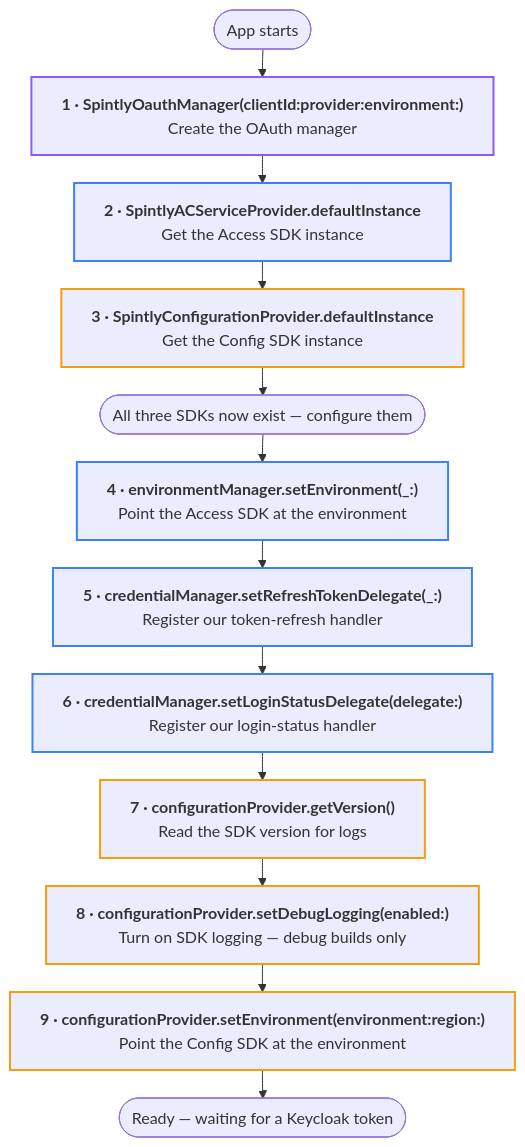
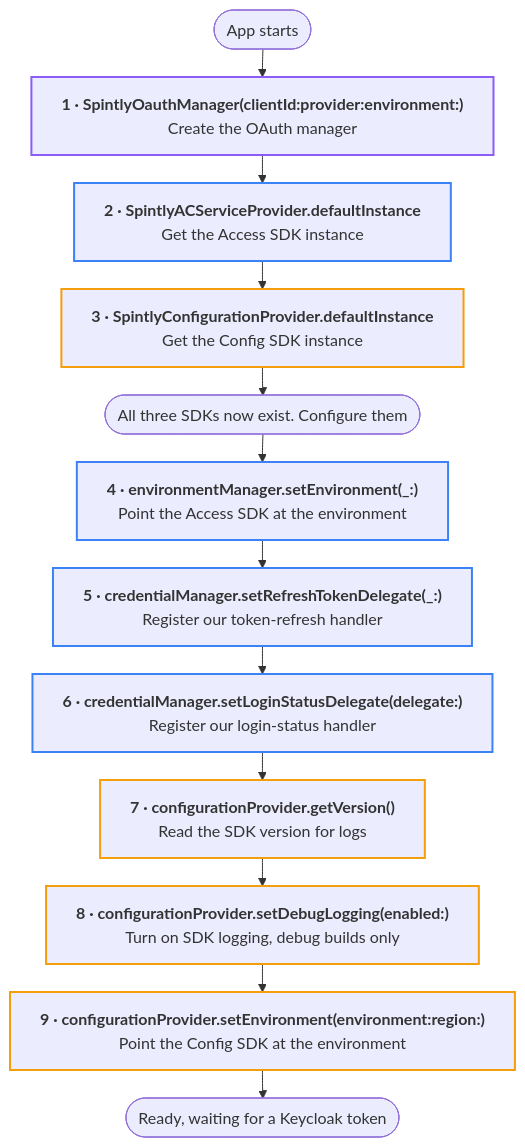
Before and after one commit to Yash-Wadatkar-Binaryveda/sdk-docs-site: the first of 11 diagrams in docs/user-onboarding.md, drawn with Mermaid. The commit also changed other lines of this file and 3 other files, not shown here.

````diff
--- a/docs/user-onboarding.md
+++ b/docs/user-onboarding.md
@@ -49,23 +50,23 @@
     ```mermaid
     %%{init:{"flowchart":{"wrappingWidth":540,"nodeSpacing":24,"rankSpacing":28}}}%%
     flowchart TD
         S(["App starts"]) --> N1
         N1["<b>1 · SpintlyOauthManager(clientId:provider:environment:)</b><br/>Create the OAuth manager"]
         N1 --> N2["<b>2 · SpintlyACServiceProvider.defaultInstance</b><br/>Get the Access SDK instance"]
         N2 --> N3["<b>3 · SpintlyConfigurationProvider.defaultInstance</b><br/>Get the Config SDK instance"]
-        N3 --> M(["All three SDKs now exist — configure them"])
+        N3 --> M(["All three SDKs now exist. Configure them"])
         M --> N4["<b>4 · environmentManager.setEnvironment(_:)</b><br/>Point the Access SDK at the environment"]
         N4 --> N5["<b>5 · credentialManager.setRefreshTokenDelegate(_:)</b><br/>Register our token-refresh handler"]
         N5 --> N6["<b>6 · credentialManager.setLoginStatusDelegate(delegate:)</b><br/>Register our login-status handler"]
         N6 --> N7["<b>7 · configurationProvider.getVersion()</b><br/>Read the SDK version for logs"]
-        N7 --> N8["<b>8 · configurationProvider.setDebugLogging(enabled:)</b><br/>Turn on SDK logging — debug builds only"]
+        N7 --> N8["<b>8 · configurationProvider.setDebugLogging(enabled:)</b><br/>Turn on SDK logging, debug builds only"]
         N8 --> N9["<b>9 · configurationProvider.setEnvironment(environment:region:)</b><br/>Point the Config SDK at the environment"]
-        N9 --> E(["Ready — waiting for a Keycloak token"])
+        N9 --> E(["Ready, waiting for a Keycloak token"])
 
         classDef sdkOauth stroke:#8b5cf6,stroke-width:2px
         classDef sdkAccess stroke:#3b82f6,stroke-width:2px
         classDef sdkConfig stroke:#f59e0b,stroke-width:2px
         class N1 sdkOauth
         class N2,N4,N5,N6 sdkAccess
         class N3,N7,N8,N9 sdkConfig
     ```
````
